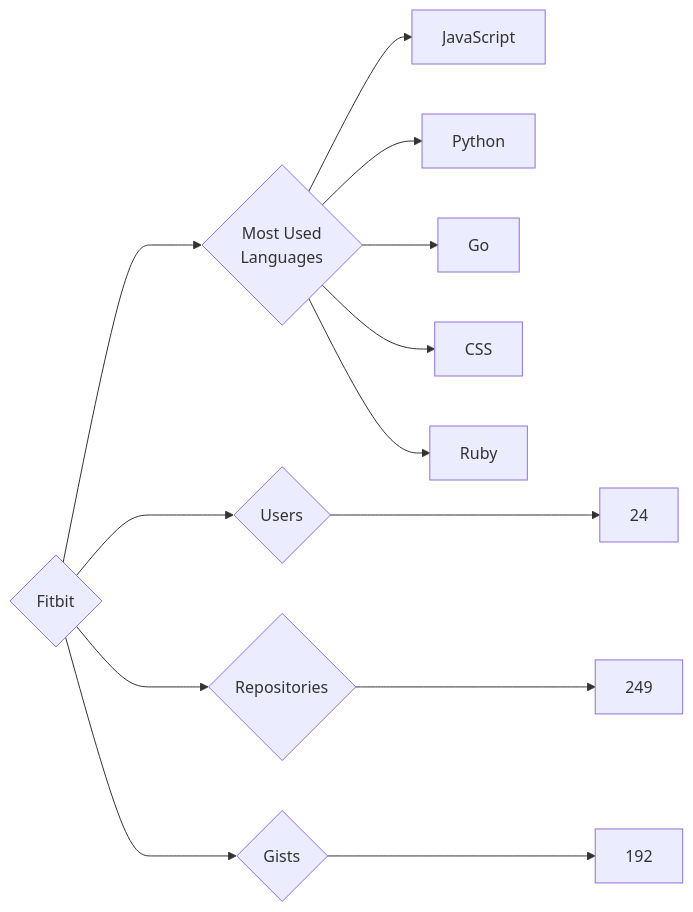
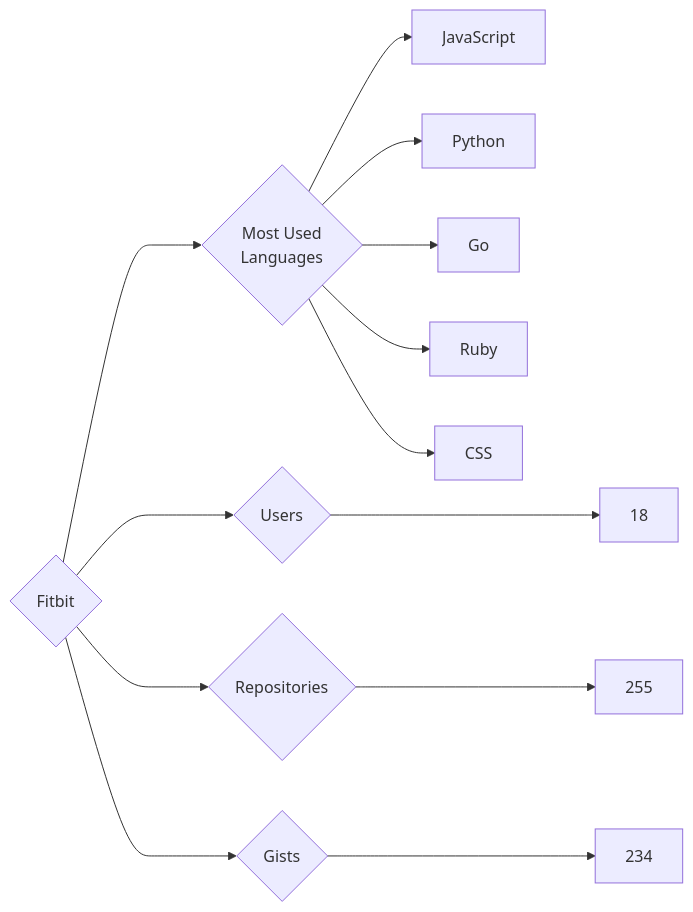
The diagram in targets/Fitbit/README.md (trickest/insiders), drawn with Mermaid before and after one commit. The commit also changed 772 other files, not shown here.

````diff
--- a/targets/Fitbit/README.md
+++ b/targets/Fitbit/README.md
@@ -3,13 +3,13 @@
 ```mermaid
 graph LR
 COMPANY_NAME{Fitbit}
-COMPANY_NAME ---> U{Users} ---> UN[24]
-COMPANY_NAME ---> R{Repositories} ---> RN[249]
-COMPANY_NAME ---> G{Gists} ---> GN[192]
+COMPANY_NAME ---> U{Users} ---> UN[18]
+COMPANY_NAME ---> R{Repositories} ---> RN[255]
+COMPANY_NAME ---> G{Gists} ---> GN[234]
 COMPANY_NAME ---> ML{Most Used<br>Languages}
 ML --> JavaScript[JavaScript]
 ML --> Python[Python]
 ML --> Go[Go]
+ML --> Ruby[Ruby]
 ML --> CSS[CSS]
-ML --> Ruby[Ruby]
 ```
````
